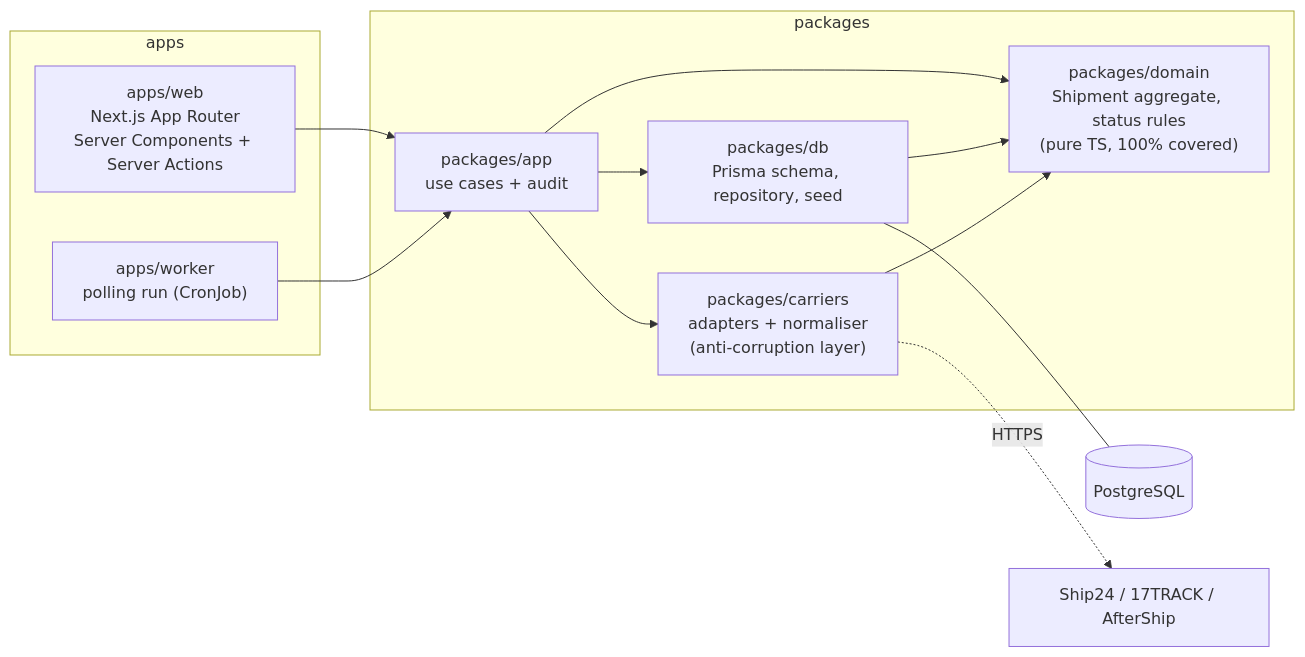
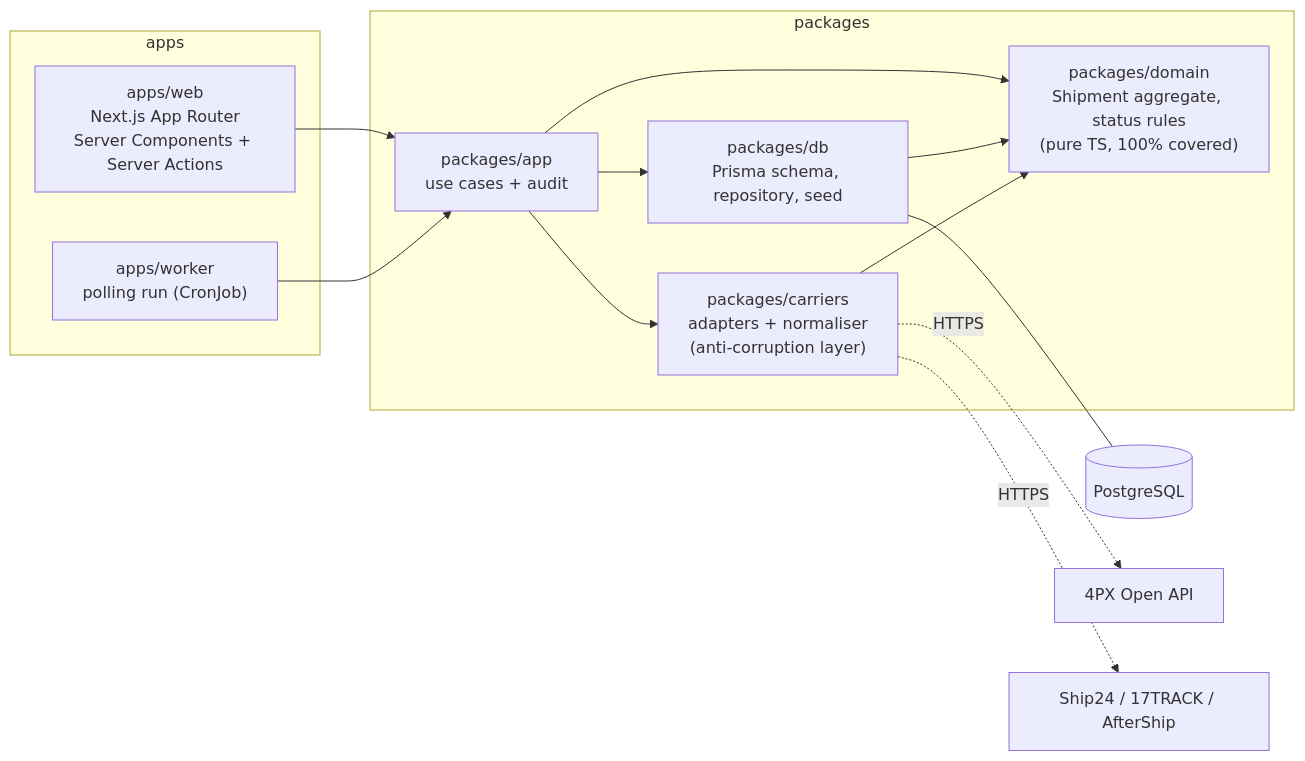
One commit to LeighAtkins/handoff-tracker changed the diagram in README.md. Above: the diagram before and after it, drawn with Mermaid. The commit also changed other lines of this file and 87 other files, not shown here.

````diff
--- a/README.md
+++ b/README.md
@@ -36,22 +51,23 @@
 ```mermaid
 flowchart LR
   subgraph apps
     web["apps/web<br/>Next.js App Router<br/>Server Components + Server Actions"]
     worker["apps/worker<br/>polling run (CronJob)"]
   end
   subgraph packages
     app["packages/app<br/>use cases + audit"]
     domain["packages/domain<br/>Shipment aggregate, status rules<br/>(pure TS, 100% covered)"]
     carriers["packages/carriers<br/>adapters + normaliser<br/>(anti-corruption layer)"]
     db["packages/db<br/>Prisma schema, repository, seed"]
   end
   web --> app
   worker --> app
   app --> domain
   app --> carriers
   app --> db
   db --> domain
   carriers --> domain
   db --- pg[(PostgreSQL)]
+  carriers -. HTTPS .-> fpx["4PX Open API"]
   carriers -. HTTPS .-> agg["Ship24 / 17TRACK / AfterShip"]
 ```
````
